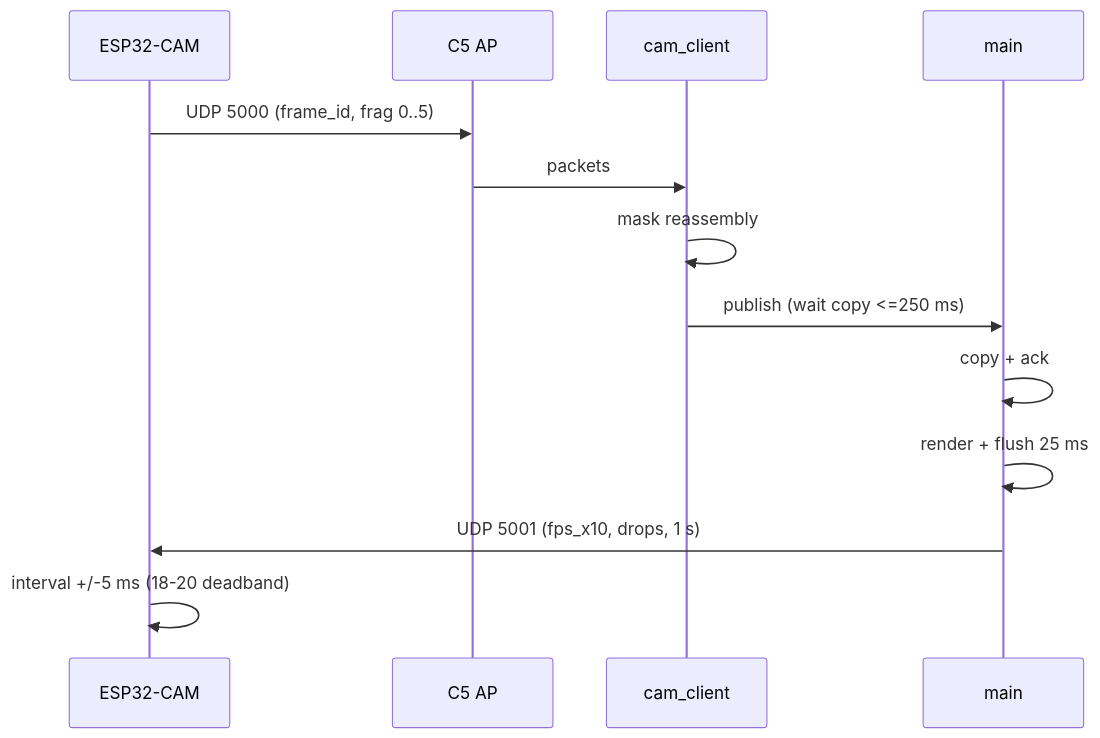
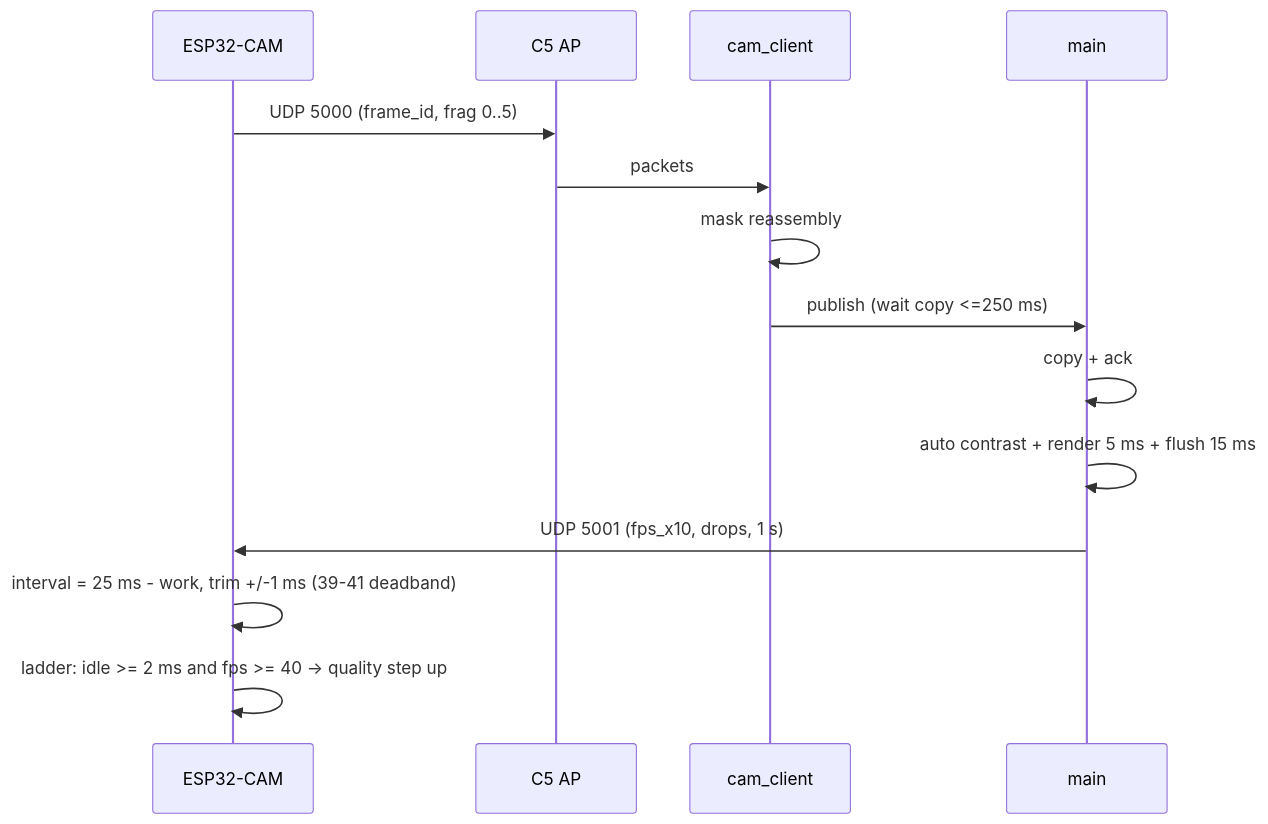
One commit to XDUPWW/ESP32-AirCamDuo changed the third of 3 diagrams in docs/TECHNICAL_DESIGN.md. Above: the diagram before and after it, drawn with Mermaid. The commit also changed other lines of this file and 10 other files, not shown here.

````diff
--- a/docs/TECHNICAL_DESIGN.md
+++ b/docs/TECHNICAL_DESIGN.md
@@ -908,15 +996,16 @@
 ```mermaid
 sequenceDiagram
   participant CAM as ESP32-CAM
   participant AP as C5 AP
   participant RX as cam_client
   participant UI as main
   CAM->>AP: UDP 5000 (frame_id, frag 0..5)
   AP->>RX: packets
   RX->>RX: mask reassembly
   RX->>UI: publish (wait copy <=250 ms)
   UI->>UI: copy + ack
-  UI->>UI: render + flush 25 ms
+  UI->>UI: auto contrast + render 5 ms + flush 15 ms
   UI->>CAM: UDP 5001 (fps_x10, drops, 1 s)
-  CAM->>CAM: interval +/-5 ms (18-20 deadband)
+  CAM->>CAM: interval = 25 ms - work, trim +/-1 ms (39-41 deadband)
+  CAM->>CAM: ladder: idle >= 2 ms and fps >= 40 -> quality step up
 ```
````
